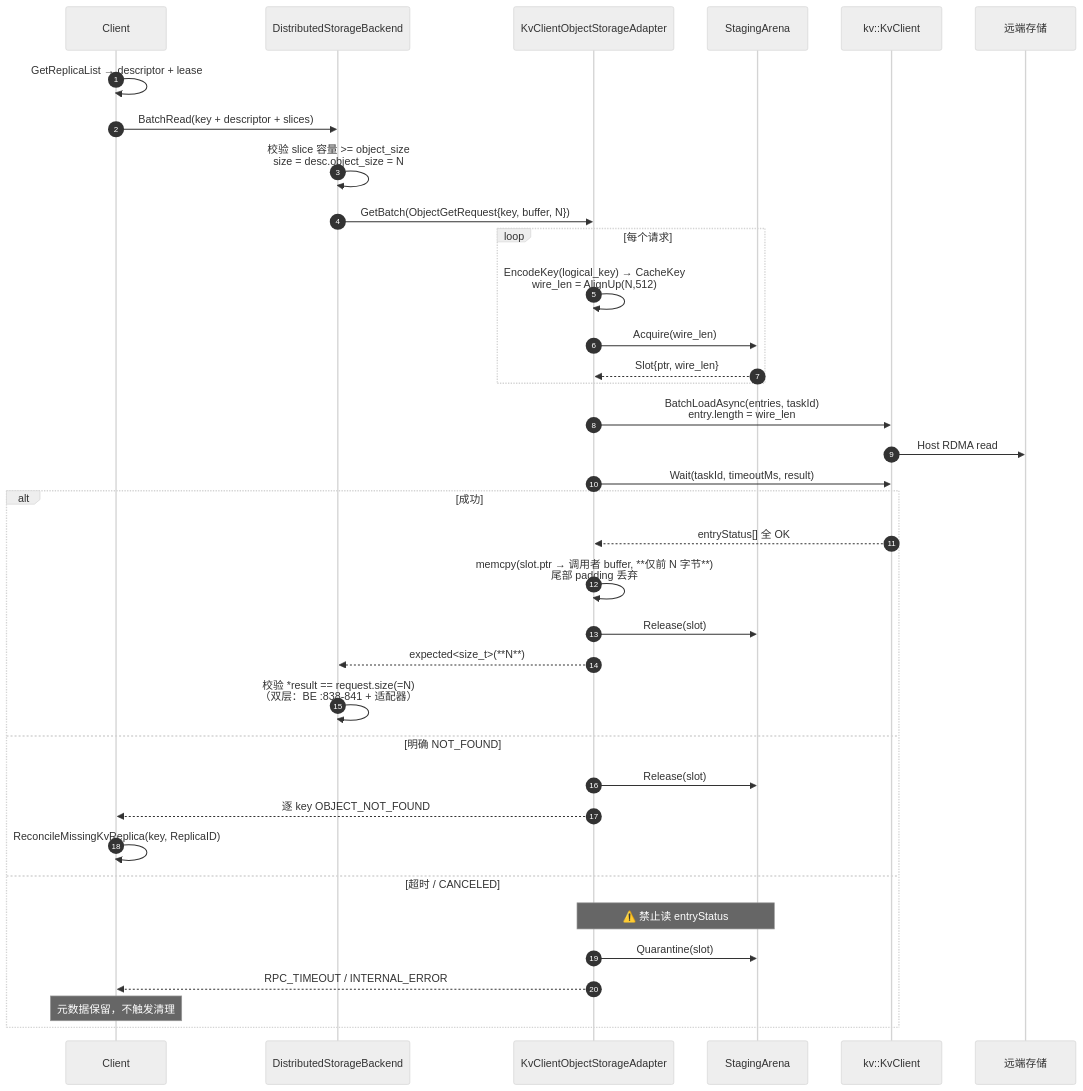
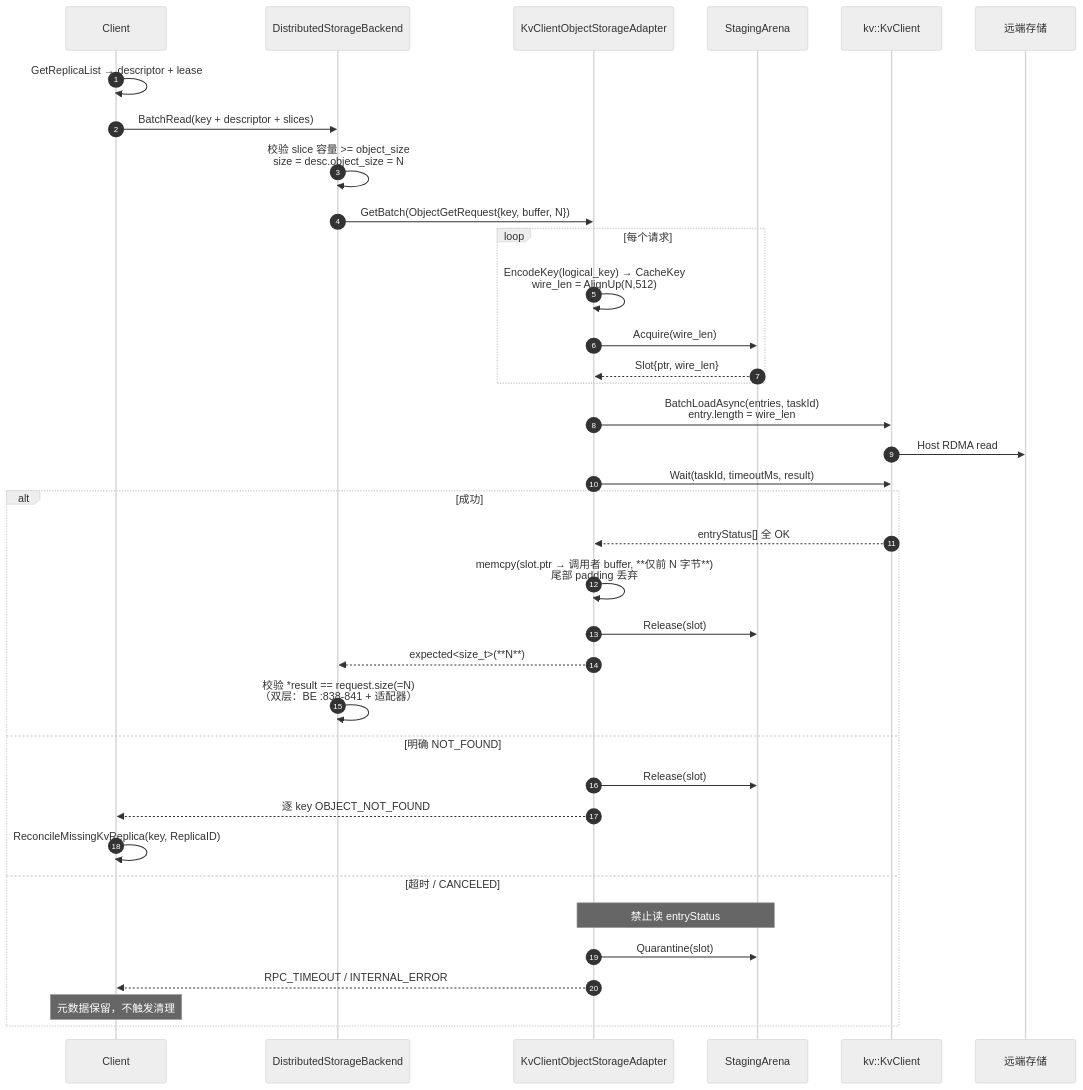
One commit to zwj20000328-dotcom/Mooncake-documents changed the tenth of 13 diagrams in Mooncake + KVClient L3 接入（Kvcs）- v3.md. Above: the diagram before and after it, drawn with Mermaid (neutral theme). The commit also changed other lines of this file, not shown here.

````diff
--- a/Mooncake + KVClient L3 接入（Kvcs）- v3.md
+++ b/Mooncake + KVClient L3 接入（Kvcs）- v3.md
@@ -708,39 +653,39 @@
 ```mermaid
 sequenceDiagram
     autonumber
     participant C as Client
     participant BE as DistributedStorageBackend
     participant AD as KvClientObjectStorageAdapter
     participant AR as StagingArena
     participant SDK as kv::KvClient
     participant S as 远端存储
 
     C->>C: GetReplicaList → descriptor + lease
     C->>BE: BatchRead(key + descriptor + slices)
     BE->>BE: 校验 slice 容量 >= object_size<br/>size = desc.object_size = N
     BE->>AD: GetBatch(ObjectGetRequest{key, buffer, N})
     loop 每个请求
         AD->>AD: EncodeKey(logical_key) → CacheKey<br/>wire_len = AlignUp(N,512)
         AD->>AR: Acquire(wire_len)
         AR-->>AD: Slot{ptr, wire_len}
     end
     AD->>SDK: BatchLoadAsync(entries, taskId)<br/>entry.length = wire_len
     SDK->>S: Host RDMA read
     AD->>SDK: Wait(taskId, timeoutMs, result)
     alt 成功
         SDK-->>AD: entryStatus[] 全 OK
         AD->>AD: memcpy(slot.ptr → 调用者 buffer, **仅前 N 字节**)<br/>尾部 padding 丢弃
         AD->>AR: Release(slot)
         AD-->>BE: expected<size_t>(**N**)
         BE->>BE: 校验 *result == request.size(=N)<br/>（双层：BE :838-841 + 适配器）
     else 明确 NOT_FOUND
         AD->>AR: Release(slot)
         AD-->>C: 逐 key OBJECT_NOT_FOUND
         C->>C: ReconcileMissingKvReplica(key, ReplicaID)
     else 超时 / CANCELED
-        Note over AD,AR: ⚠️ 禁止读 entryStatus
+        Note over AD,AR: 禁止读 entryStatus
         AD->>AR: Quarantine(slot)
         AD-->>C: RPC_TIMEOUT / INTERNAL_ERROR
         Note over C: 元数据保留，不触发清理
     end
 ```
````
